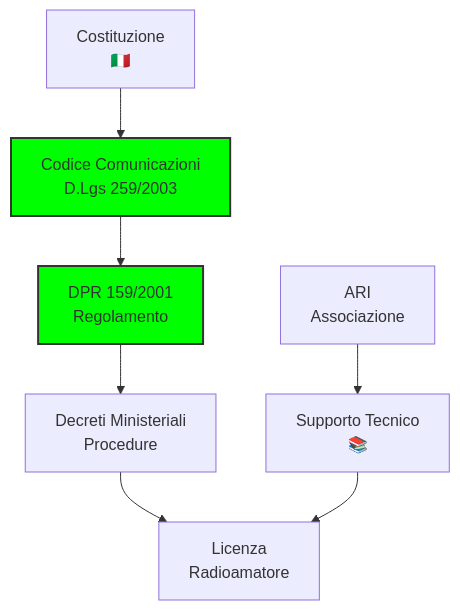
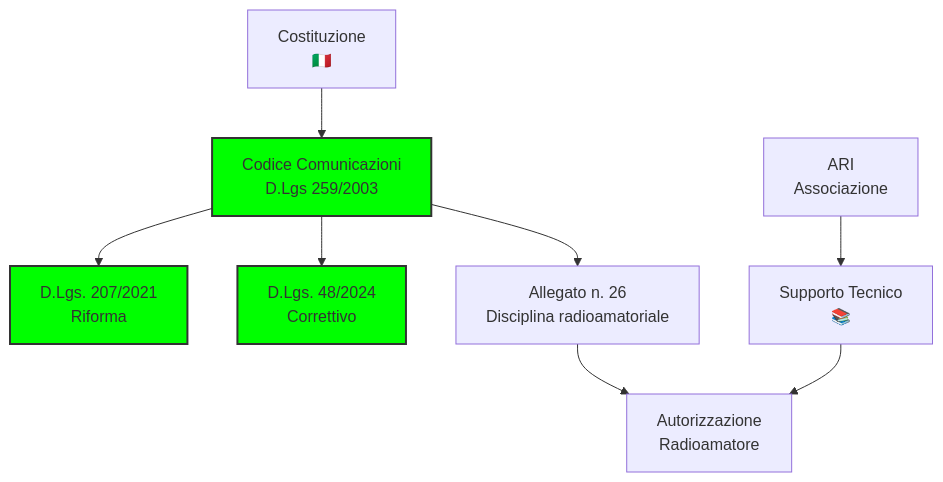
One commit to IU6VYG/esame-radioamatori changed the first of 4 diagrams in website/docs/C_Regolamentazione/3_Legislazione_Nazionale.md. Above: the diagram before and after it, drawn with Mermaid. The commit also changed other lines of this file and 32 other files, not shown here.

````diff
--- a/website/docs/C_Regolamentazione/3_Legislazione_Nazionale.md
+++ b/website/docs/C_Regolamentazione/3_Legislazione_Nazionale.md
@@ -36,11 +37,12 @@
 ```mermaid
 graph TD;
     Costituzione["Costituzione<br>🇮🇹"] --> CodiceComunicazioni["Codice Comunicazioni<br>D.Lgs 259/2003"];
-    CodiceComunicazioni --> DPR159["DPR 159/2001<br>Regolamento"];
-    DPR159 --> DecretiMinisteriali["Decreti Ministeriali<br>Procedure"];
-    DecretiMinisteriali --> Licenza["Licenza<br>Radioamatore"];
+    CodiceComunicazioni --> Riforma2021["D.Lgs. 207/2021<br>Riforma"];
+    CodiceComunicazioni --> Correttivo2024["D.Lgs. 48/2024<br>Correttivo"];
+    CodiceComunicazioni --> Allegato26["Allegato n. 26<br>Disciplina radioamatoriale"];
+    Allegato26 --> Licenza["Autorizzazione<br>Radioamatore"];
     ARI["ARI<br>Associazione"] --> Supporto["Supporto Tecnico<br>📚"];
     Supporto --> Licenza;
     classDef legge fill:#0f0,stroke:#333,stroke-width:2px;
-    class CodiceComunicazioni,DPR159 legge;
+    class CodiceComunicazioni,Riforma2021,Correttivo2024 legge;
 ```
````
